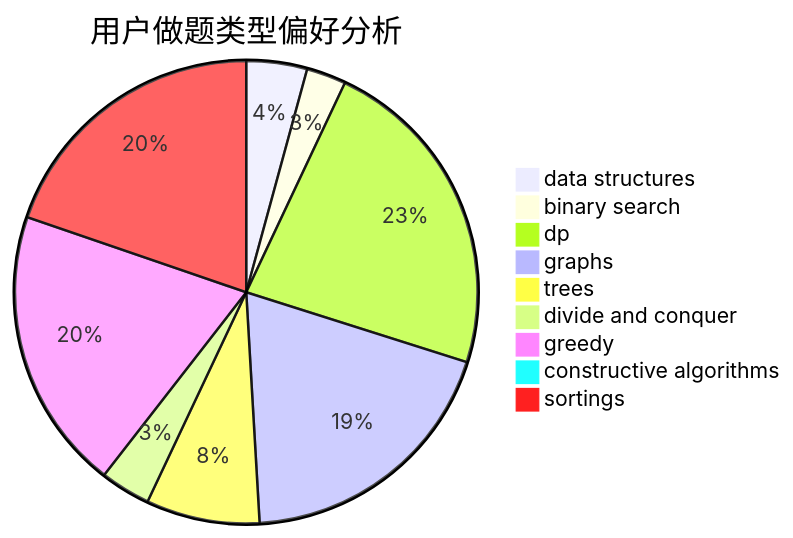
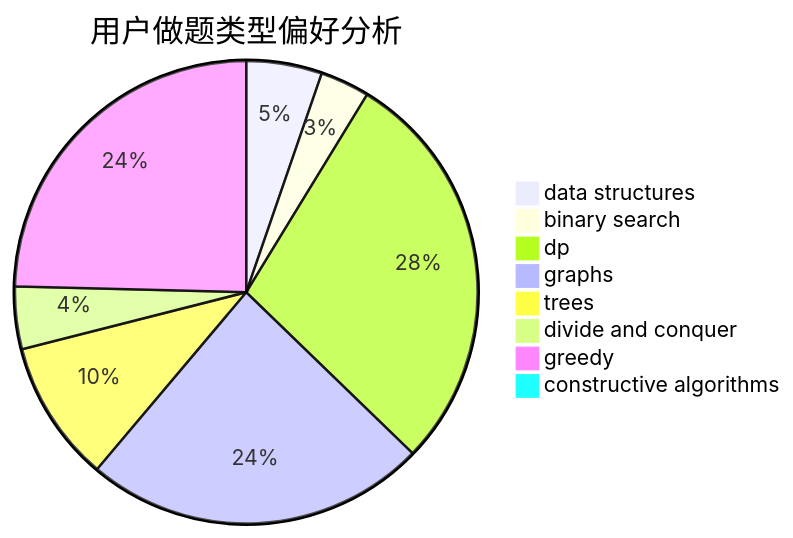
The second of 3 diagrams in docs/user/u2014.md (sherpahu/cfrs.github.io), drawn with Mermaid before and after one commit. The commit also changed other lines of this file and 2769 other files, not shown here.

````diff
--- a/docs/user/u2014.md
+++ b/docs/user/u2014.md
@@ -18,12 +18,11 @@
 ```mermaid
 pie title 用户做题类型偏好分析
     "data structures" :  23
     "binary search" :  15
     "dp" :  124
     "graphs" :  104
     "trees" :  43
     "divide and conquer" :  19
     "greedy" :  107
     "constructive algorithms" :  4
-    "sortings" :  107
 ```
````
